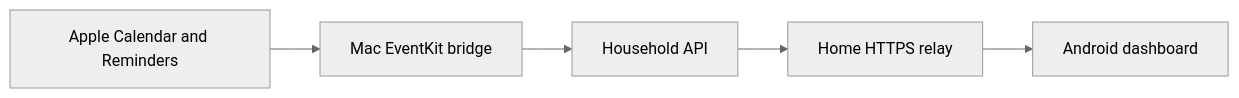
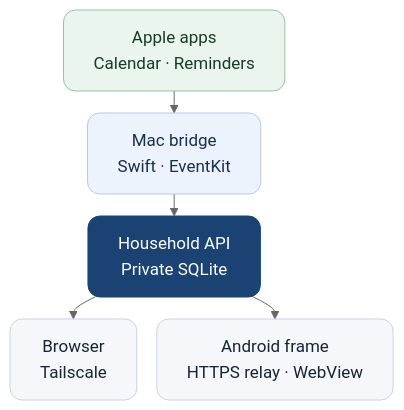
One commit to asunchu/explain changed the diagram in examples/pele-diagram/architecture.mmd. Above: the diagram before and after it, drawn with Mermaid (neutral theme). The commit also changed 14 other files, not shown here.

```diff
--- a/examples/pele-diagram/architecture.mmd
+++ b/examples/pele-diagram/architecture.mmd
@@ -1,7 +1,25 @@
-flowchart LR
-  accTitle: Home HQ data flow
-  accDescr: Apple Calendar and Reminders remain authoritative. The Mac bridge supplies the Household API and the frame dashboard.
-  A[Apple Calendar and Reminders] --> B[Mac EventKit bridge]
-  B --> C[Household API]
-  C --> D[Home HTTPS relay]
-  D --> E[Android dashboard]
+---
+config:
+  flowchart:
+    nodeSpacing: 20
+    rankSpacing: 22
+---
+flowchart TD
+  accTitle: Apple stays the source of truth
+  accDescr: Apple Calendar and Reminders supply a Mac bridge and Household API. Browsers use Tailscale. The Android frame uses the restricted home relay.
+  A["Apple apps<br/>Calendar · Reminders"]
+  B["Mac bridge<br/>Swift · EventKit"]
+  C["Household API<br/>Private SQLite"]
+  D["Browser<br/>Tailscale"]
+  E["Android frame<br/>HTTPS relay · WebView"]
+  A --> B --> C
+  C --> D
+  C --> E
+  classDef source fill:#eaf5ed,stroke:#9bbfa5,color:#173b28,rx:12,font-size:17px
+  classDef core fill:#edf3fc,stroke:#b5c9e8,color:#172f55,rx:12,font-size:17px
+  classDef hub fill:#1a4273,stroke:#1a4273,color:#ffffff,rx:12,font-size:17px
+  classDef display fill:#f5f7fa,stroke:#cbd3df,color:#172436,rx:12,font-size:17px
+  class A source
+  class B core
+  class C hub
+  class D,E display
```
